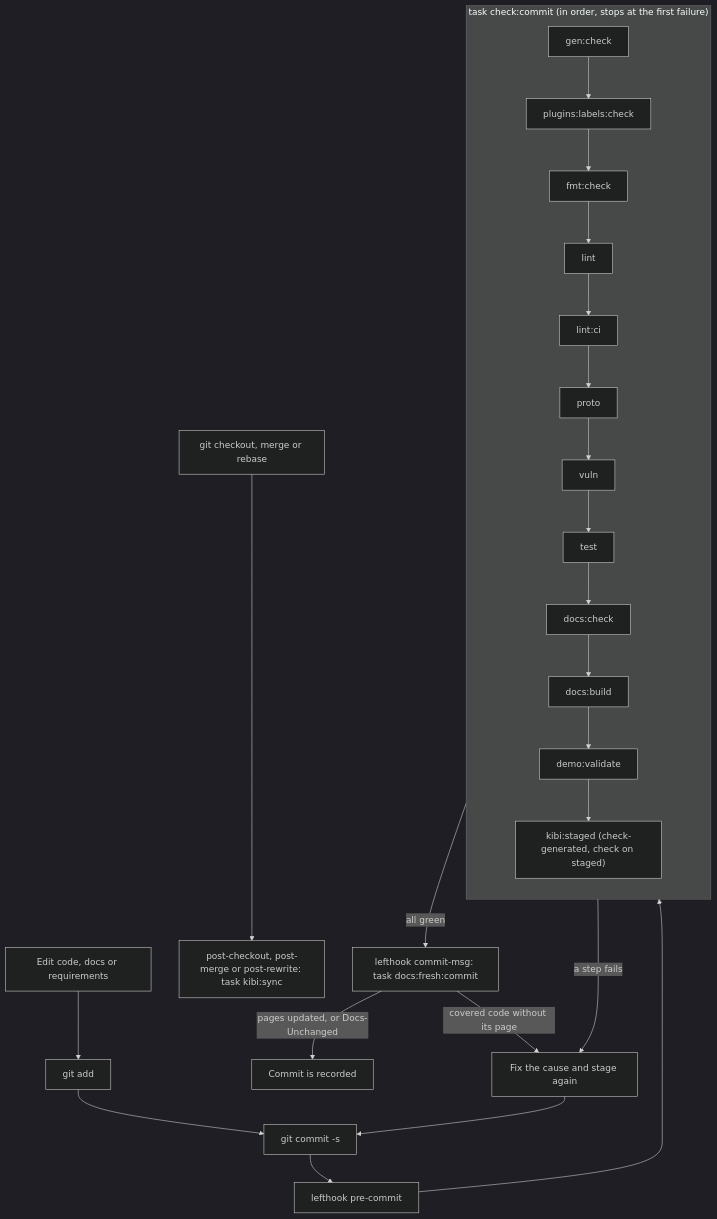
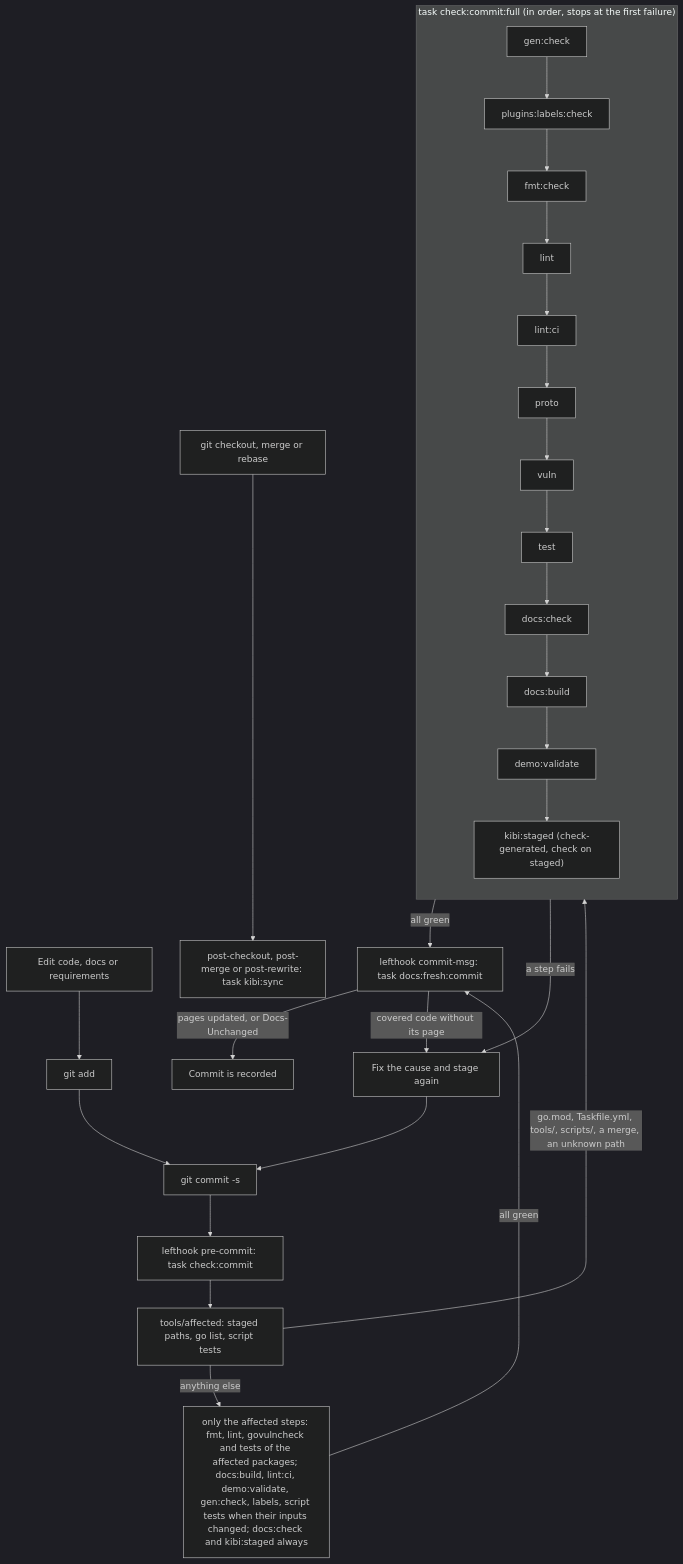
One commit to arkadiuss/openfief changed the second of 5 diagrams in docs/dev/pipeline.md. Above: the diagram before and after it, drawn with Mermaid (dark theme). The commit also changed other lines of this file and 159 other files, not shown here.

First line of the commit message:
build(ci): run only the checks and images a change affects

````diff
--- a/docs/dev/pipeline.md
+++ b/docs/dev/pipeline.md
@@ -100,18 +137,21 @@
 ```mermaid
 flowchart TD
   edit["Edit code, docs or requirements"] --> add["git add"]
   add --> commit["git commit -s"]
-  commit --> hook["lefthook pre-commit"]
-  hook --> cc
-  subgraph cc["task check:commit (in order, stops at the first failure)"]
+  commit --> hook["lefthook pre-commit: task check:commit"]
+  hook --> sel["tools/affected: staged paths, go list, script tests"]
+  sel -->|"go.mod, Taskfile.yml, tools/, scripts/, a merge, an unknown path"| cc
+  sel -->|"anything else"| part["only the affected steps: fmt, lint, govulncheck and tests of the affected packages; docs:build, lint:ci, demo:validate, gen:check, labels, script tests when their inputs changed; docs:check and kibi:staged always"]
+  subgraph cc["task check:commit:full (in order, stops at the first failure)"]
     direction TB
     gen["gen:check"] --> labels["plugins:labels:check"] --> fmt["fmt:check"] --> lint["lint"] --> lintci["lint:ci"] --> proto["proto"]
     proto --> vuln["vuln"] --> test["test"] --> docs["docs:check"] --> site["docs:build"] --> dv["demo:validate"] --> kibi["kibi:staged (check-generated, check on staged)"]
   end
+  part -->|"all green"| msg
   cc -->|"all green"| msg["lefthook commit-msg: task docs:fresh:commit"]
   msg -->|"pages updated, or Docs-Unchanged"| done["Commit is recorded"]
   msg -->|"covered code without its page"| fix
   cc -->|"a step fails"| fix["Fix the cause and stage again"]
   fix --> commit
   switch["git checkout, merge or rebase"] --> sync["post-checkout, post-merge or post-rewrite: task kibi:sync"]
 ```
````
